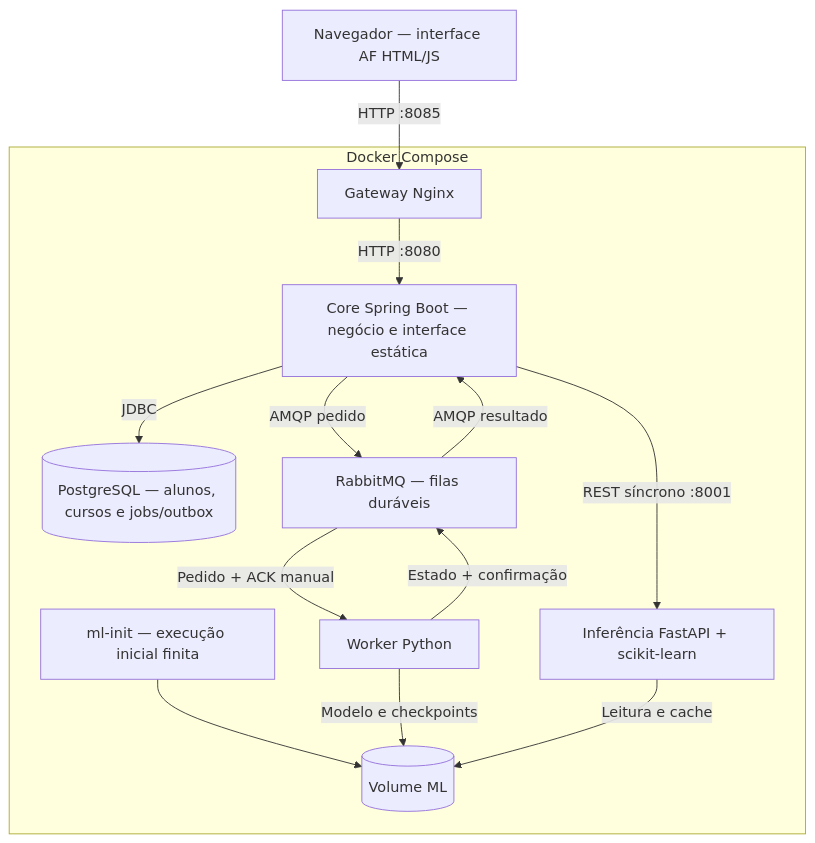
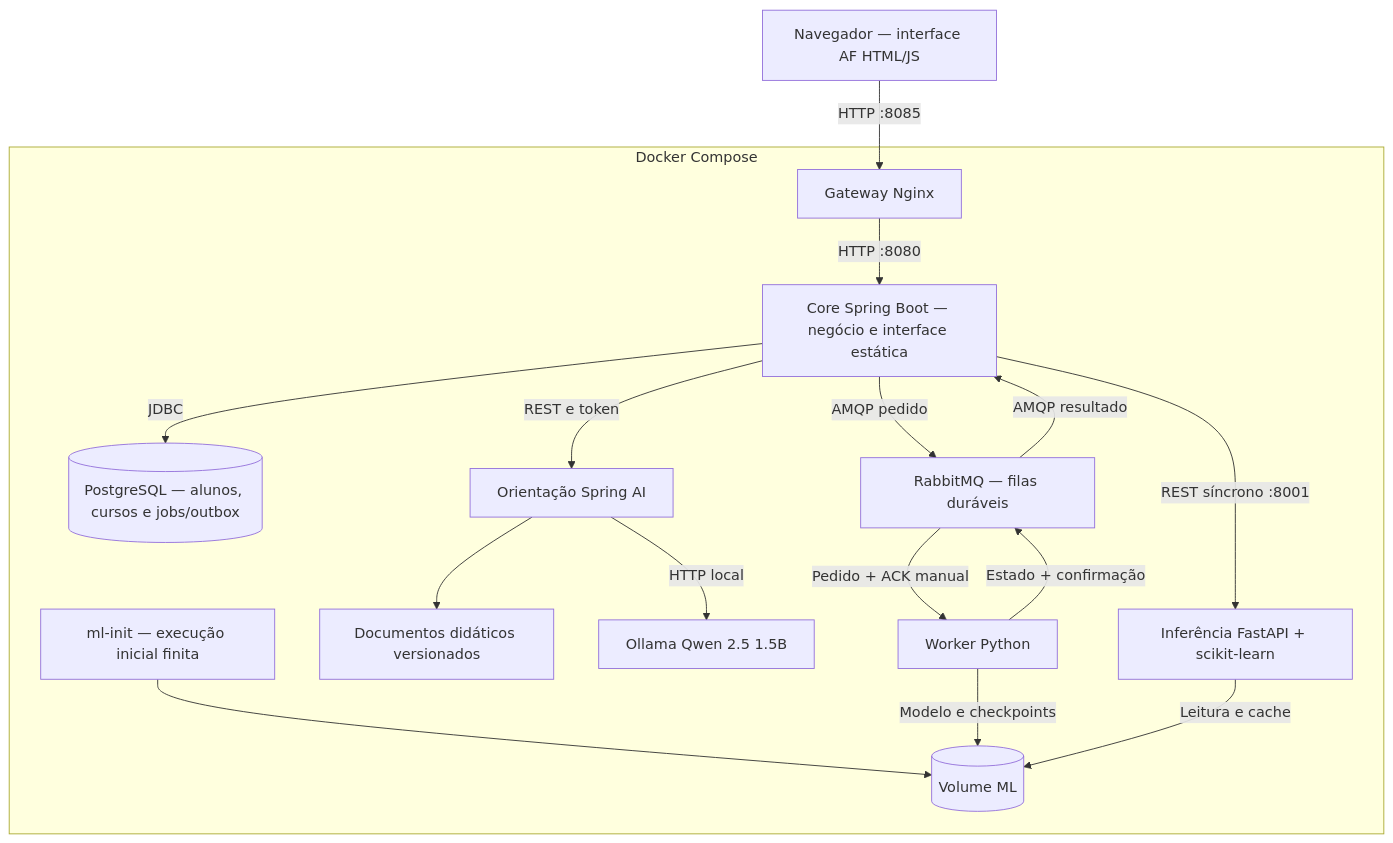
One commit to Gustavo-Champam/educacao-continuada-gamificada changed the second of 7 diagrams in README.md. Above: the diagram before and after it, drawn with Mermaid. The commit also changed other lines of this file and 2 other files, not shown here.

````diff
--- a/README.md
+++ b/README.md
@@ -74,16 +48,19 @@
 ```mermaid
 flowchart TB
     B["Navegador — interface AF HTML/JS"] -->|HTTP :8085| G["Gateway Nginx"]
     subgraph Docker["Docker Compose"]
       G -->|HTTP :8080| C["Core Spring Boot — negócio e interface estática"]
       C -->|JDBC| P[("PostgreSQL — alunos, cursos e jobs/outbox")]
       C -->|REST síncrono :8001| M["Inferência FastAPI + scikit-learn"]
+      C -->|REST e token| O["Orientação Spring AI"]
+      O --> D["Documentos didáticos versionados"]
+      O -->|HTTP local| L["Ollama Qwen 2.5 1.5B"]
       C -->|AMQP pedido| Q["RabbitMQ — filas duráveis"]
       Q -->|AMQP resultado| C
       Q -->|Pedido + ACK manual| W["Worker Python"]
       W -->|Estado + confirmação| Q
       I["ml-init — execução inicial finita"] --> V[("Volume ML")]
       W -->|Modelo e checkpoints| V
       M -->|Leitura e cache| V
     end
 ```
````
